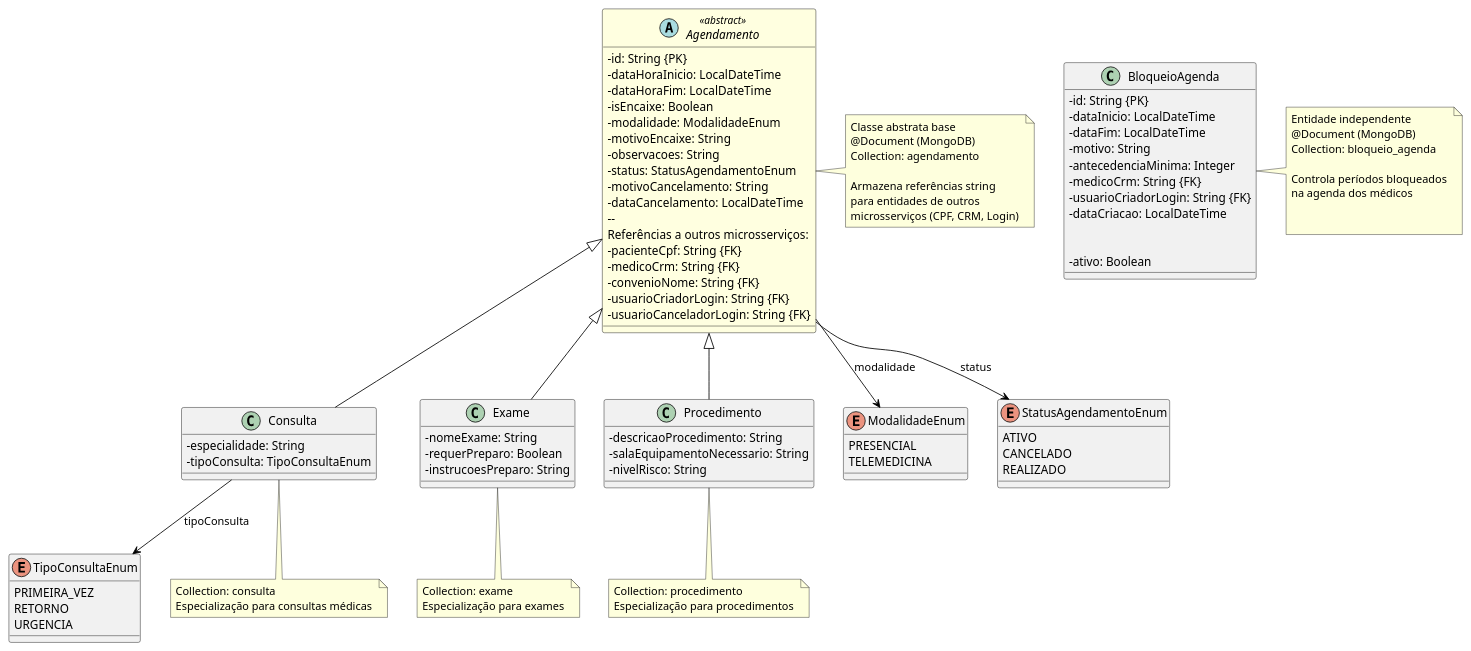
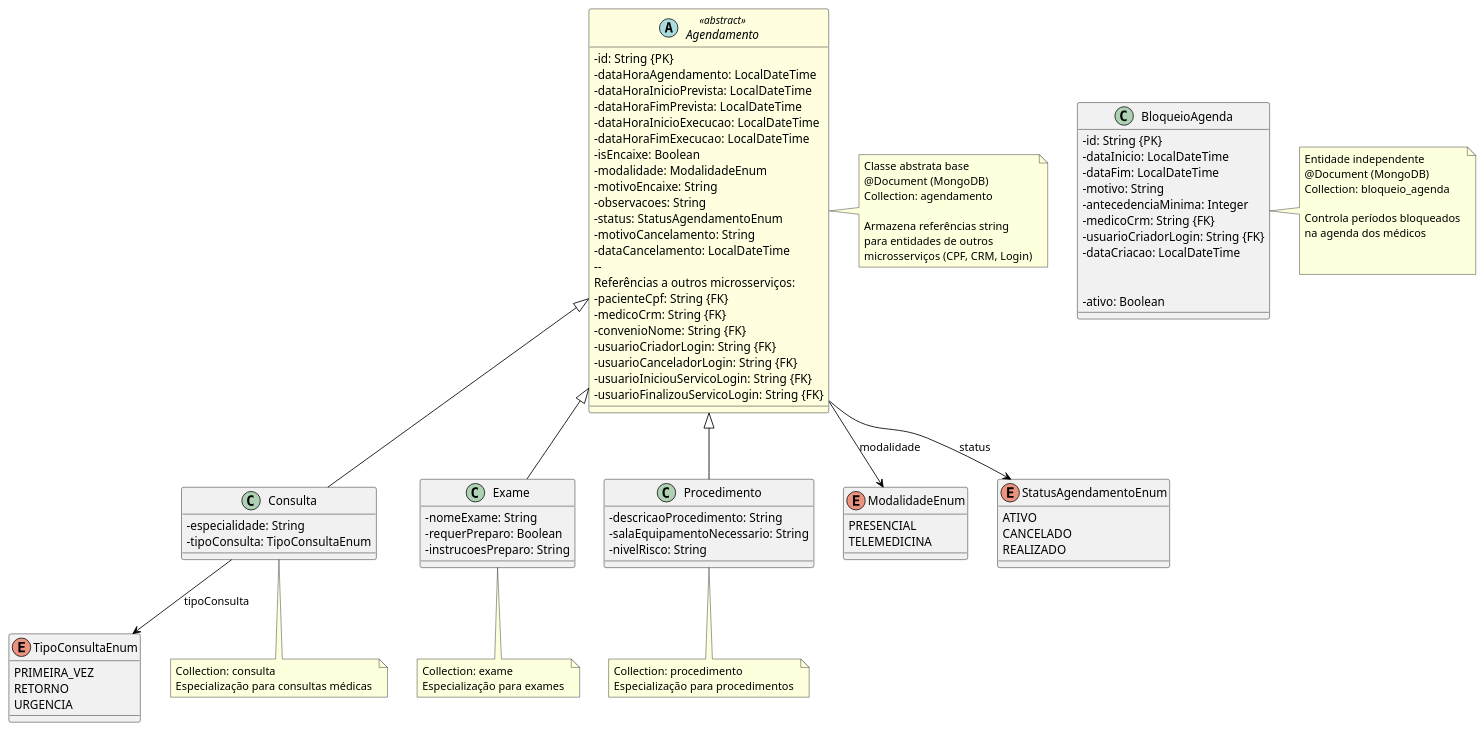
The first of 3 diagrams in docs/documentos-finais-definitivos/3.7_3.9_3.10_Modelagens/3.7. Modelagem de Classes de Projeto/3.7. Modelagem de Classes de Projeto.md (ps-es-2025-2/grupo4), drawn with PlantUML before and after one commit. The commit also changed other lines of this file and 29 other files, not shown here.

```diff
--- a/docs/documentos-finais-definitivos/3.7_3.9_3.10_Modelagens/3.7. Modelagem de Classes de Projeto/3.7. Modelagem de Classes de Projeto.md
+++ b/docs/documentos-finais-definitivos/3.7_3.9_3.10_Modelagens/3.7. Modelagem de Classes de Projeto/3.7. Modelagem de Classes de Projeto.md
@@ -38,8 +104,11 @@
 ' Classe abstrata Agendamento 
 abstract class Agendamento <<abstract>> { 
     - id: String {PK}
-    - dataHoraInicio: LocalDateTime 
-    - dataHoraFim: LocalDateTime 
+    - dataHoraAgendamento: LocalDateTime
+    - dataHoraInicioPrevista: LocalDateTime 
+    - dataHoraFimPrevista: LocalDateTime 
+    - dataHoraInicioExecucao: LocalDateTime
+    - dataHoraFimExecucao: LocalDateTime
     - isEncaixe: Boolean 
     - modalidade: ModalidadeEnum 
     - motivoEncaixe: String 
@@ -53,7 +122,9 @@
     - medicoCrm: String {FK} 
     - convenioNome: String {FK} 
     - usuarioCriadorLogin: String {FK} 
-    - usuarioCanceladorLogin: String {FK} 
+    - usuarioCanceladorLogin: String {FK}
+    - usuarioIniciouServicoLogin: String {FK}
+    - usuarioFinalizouServicoLogin: String {FK}
 } 
  
 ' Classe Consulta 
```
